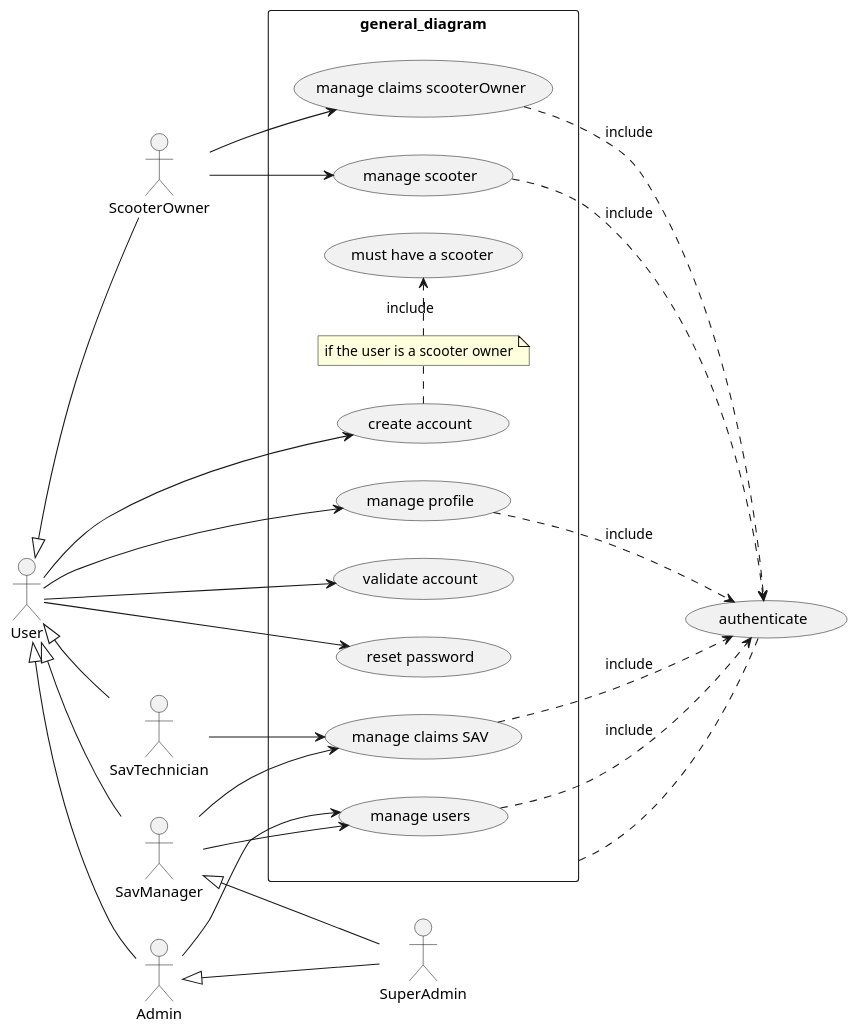
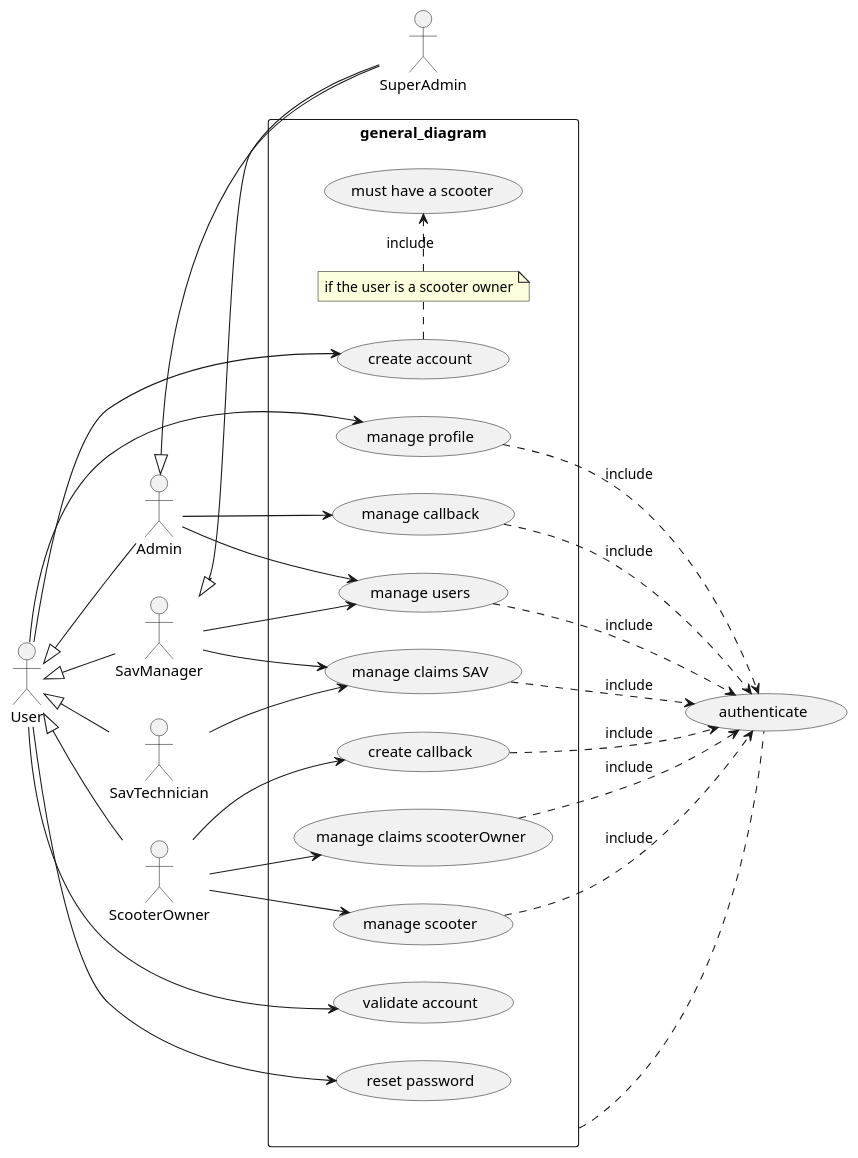
One commit to smurfsDev/pixii-project changed the diagram in rapport/use_case/general_use_case.wsd. Above: the diagram before and after it, drawn with PlantUML. The commit also changed 2 other files, not shown here.

Commit message:
callback use case

```diff
--- a/rapport/use_case/general_use_case.wsd
+++ b/rapport/use_case/general_use_case.wsd
@@ -1,56 +1,62 @@
 @startuml general_diagram
 skinparam packageStyle rect
 skinparam shadowing false
 
 actor User as u 
 actor SuperAdmin as sa
 actor Admin as a
 actor SavManager as sm
 actor SavTechnician as st
 actor ScooterOwner as so
 
 u <|-- a
 u <|-- sm
 u <|-- st
 u <|-- so
     package general_diagram {
         
         ( create account ) as ca
         ( validate account ) as va
         ( reset password ) as rp 
         ( manage profile ) as mp
         ( must have a scooter) as haveScooter
         ( manage scooter ) as ms
         ( manage claims SAV ) as mc 
         ( manage claims scooterOwner ) as mcso
         ( manage users ) as mu
+		( create callback ) as cc
+		( manage callback ) as mcb
         note "if the user is a scooter owner" as n2
     }
     ' package auths {
         ( authenticate ) as auth
     ' }
     general_diagram .. auth
     left to right direction
         u --> ca
         u --> va
         u --> rp
         u --> mp
         sm --> mc
         st --> mc
         so --> mcso
         sm --> mu
         a --> mu
         a <|-- sa
         so --> ms
         sm <|-- sa
+		so --> cc
+		a --> mcb
         
 ' ----------------------------- includes
         ca . n2 
         n2 .> haveScooter: include 
         mp .> auth: include 
         mc .> auth: include
         mcso .> auth: include
         mu .> auth: include
         ms .> auth: include
+		cc .> auth: include
+		mcb .> auth: include
 
 @enduml
```
